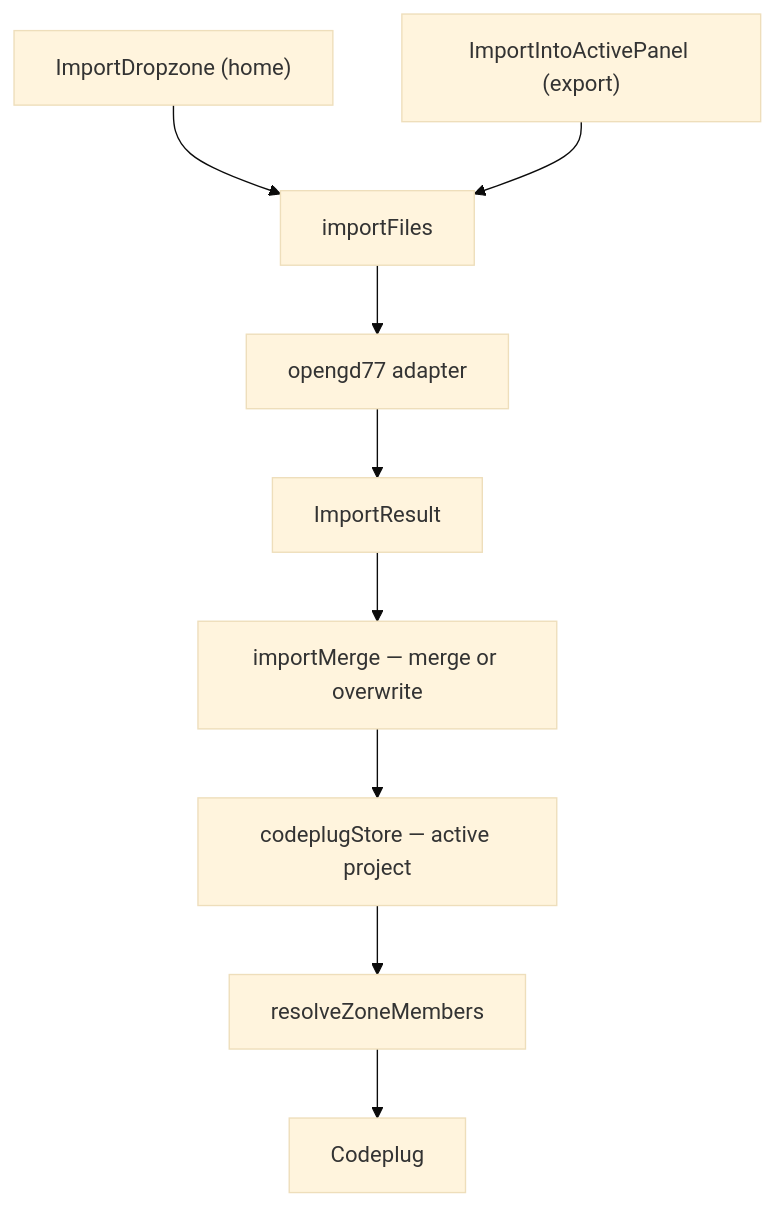
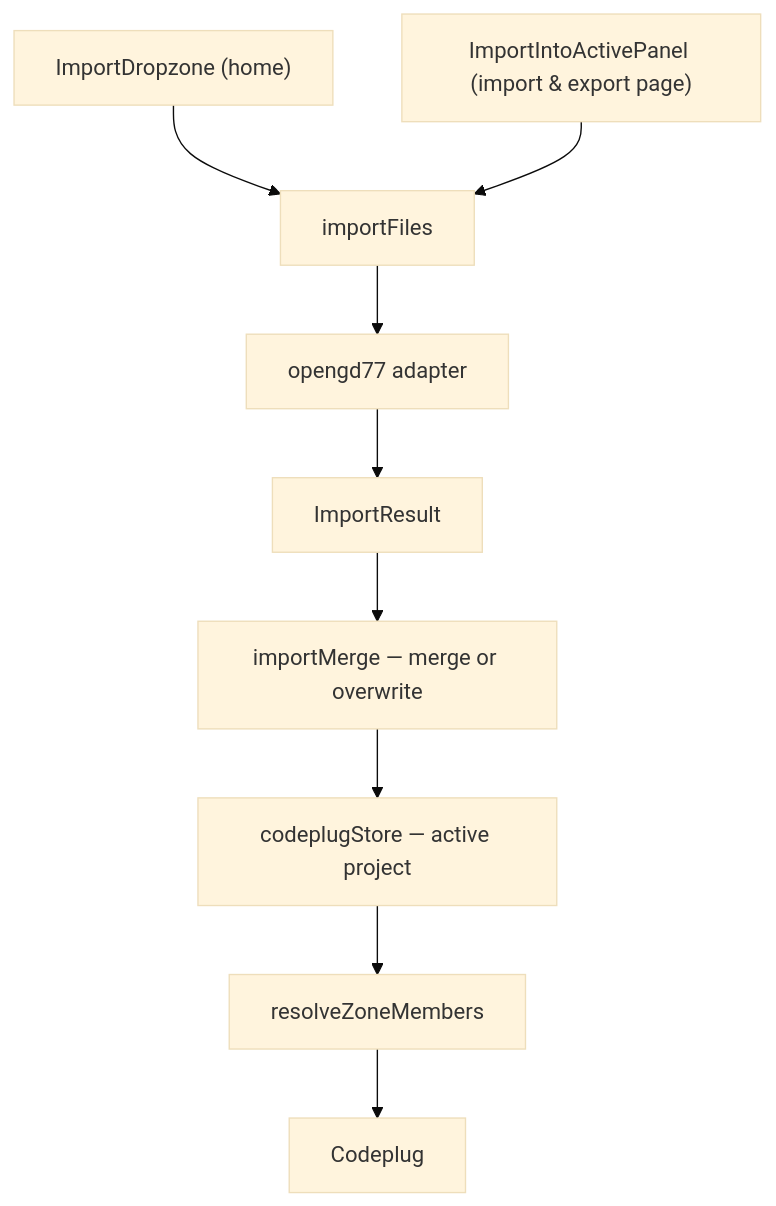
One commit to pskillen/opengd77-map changed the diagram in docs/features/import/README.md. Above: the diagram before and after it, drawn with Mermaid (base theme). The commit also changed other lines of this file and 13 other files, not shown here.

First line of the commit message:
feat(export): reimagined import and export page with vendor picker

````diff
--- a/docs/features/import/README.md
+++ b/docs/features/import/README.md
@@ -41,11 +41,11 @@
 ```mermaid
 flowchart TD
   HomeUI["ImportDropzone (home)"] --> importFiles
-  ExportUI["ImportIntoActivePanel (export)"] --> importFiles
+  ExportUI["ImportIntoActivePanel (import & export page)"] --> importFiles
   importFiles --> Adapter["opengd77 adapter"]
   Adapter --> Raw["ImportResult"]
   Raw --> Merge["importMerge — merge or overwrite"]
   Merge --> Store["codeplugStore — active project"]
   Store --> Resolve["resolveZoneMembers"]
   Resolve --> Codeplug["Codeplug"]
 ```
````
